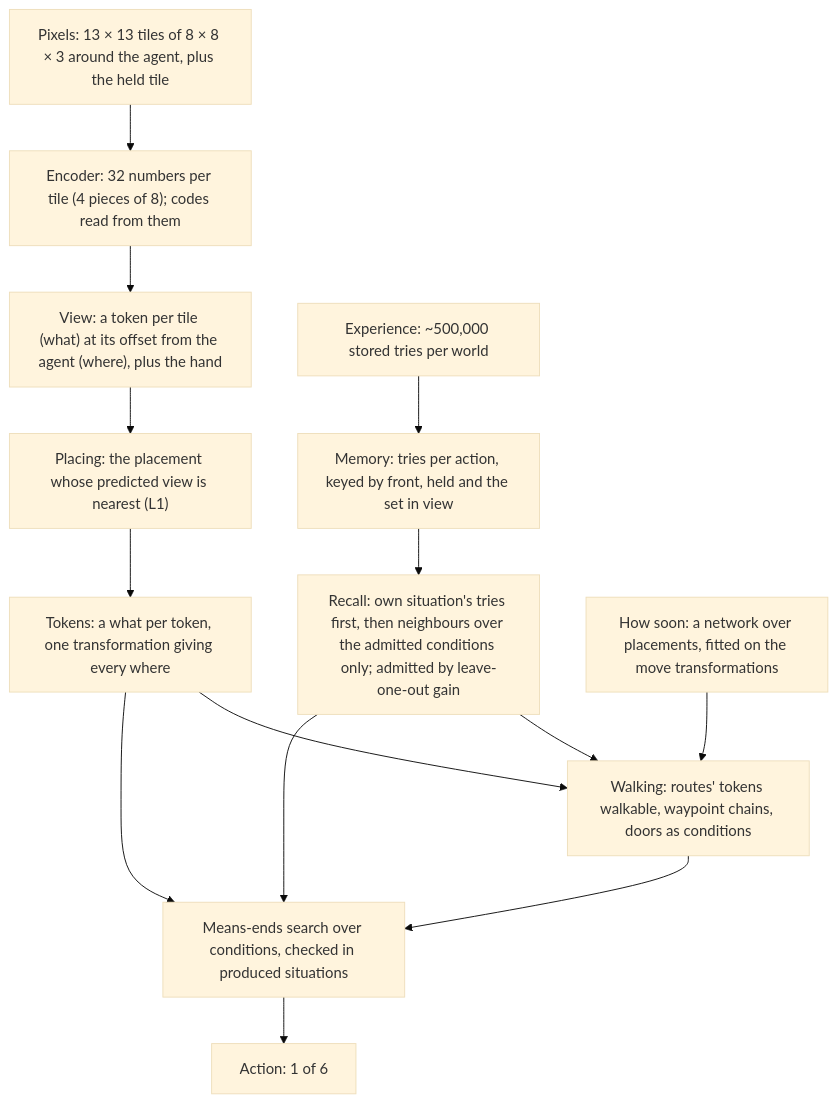
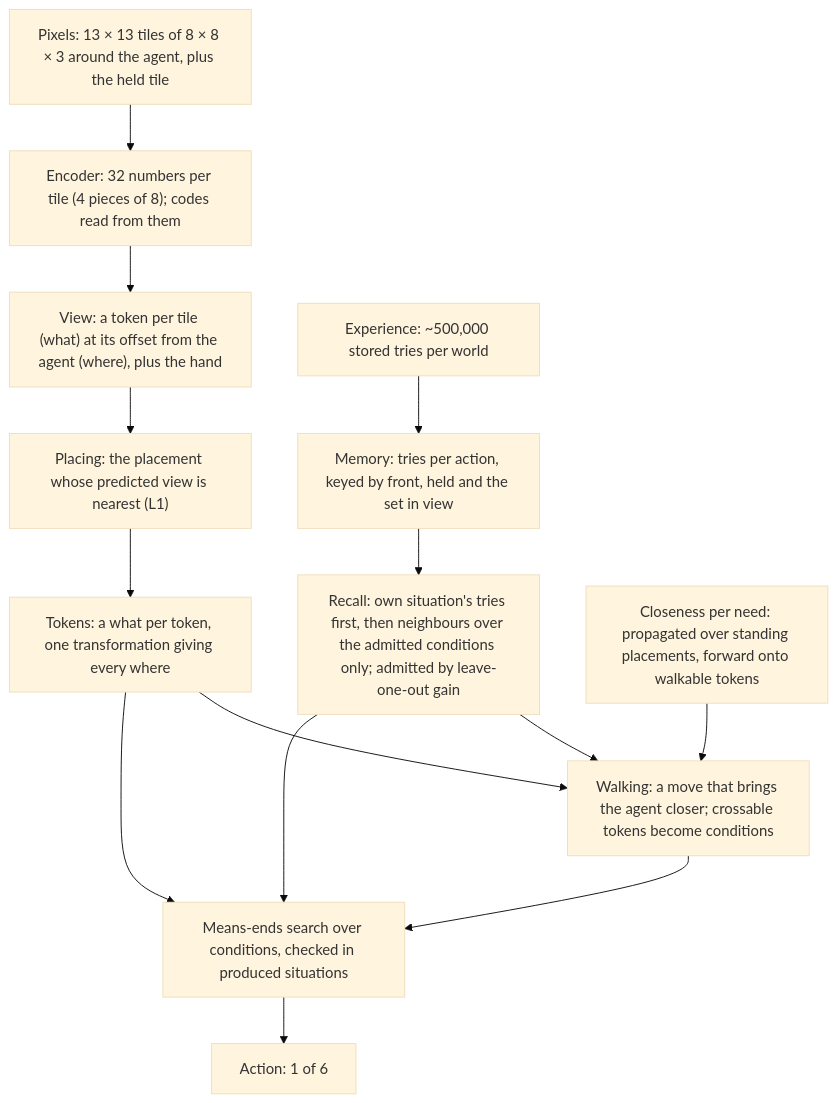
One commit to alfredricker/world-model changed the diagram in ARCHITECTURE.md. Above: the diagram before and after it, drawn with Mermaid (base theme). The commit also changed other lines of this file and 8 other files, not shown here.

````diff
--- a/ARCHITECTURE.md
+++ b/ARCHITECTURE.md
@@ -210,16 +230,16 @@
 ```mermaid
 flowchart TD
     P["Pixels: 13 × 13 tiles of 8 × 8 × 3 around the agent, plus the held tile"] --> E["Encoder: 32 numbers per tile (4 pieces of 8); codes read from them"]
     E --> V["View: a token per tile (what) at its offset from the agent (where), plus the hand"]
     X["Experience: ~500,000 stored tries per world"] --> M["Memory: tries per action, keyed by front, held and the set in view"]
     M --> R["Recall: own situation's tries first, then neighbours over the admitted conditions only; admitted by leave-one-out gain"]
     V --> O["Placing: the placement whose predicted view is nearest (L1)"]
     O --> FA["Tokens: a what per token, one transformation giving every where"]
     FA --> S["Means-ends search over conditions, checked in produced situations"]
     R --> S
-    Q["How soon: a network over placements, fitted on the move transformations"] --> WK["Walking: routes' tokens walkable, waypoint chains, doors as conditions"]
+    Q["Closeness per need: propagated over standing placements, forward onto walkable tokens"] --> WK["Walking: a move that brings the agent closer; crossable tokens become conditions"]
     FA --> WK
     R --> WK
     WK --> S
     S --> A["Action: 1 of 6"]
 ```
````
